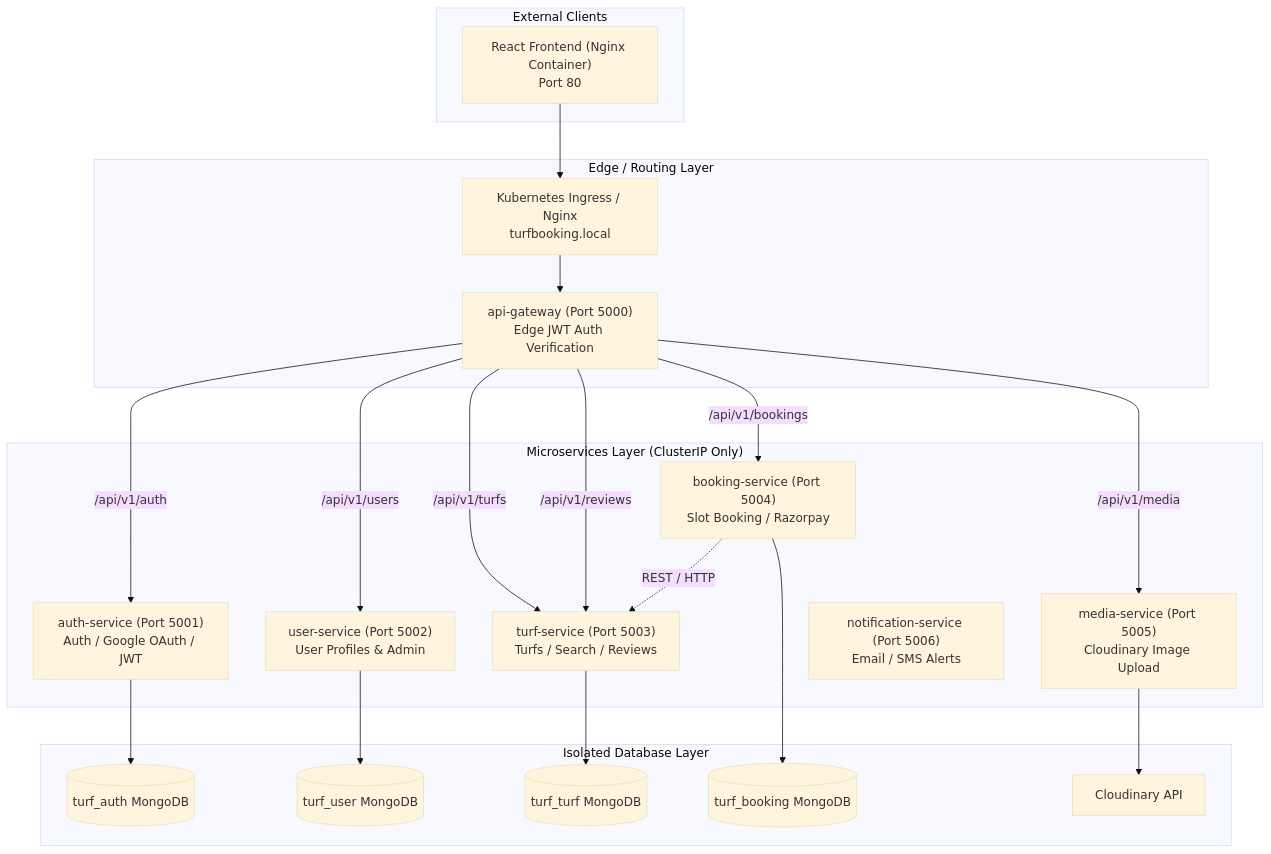
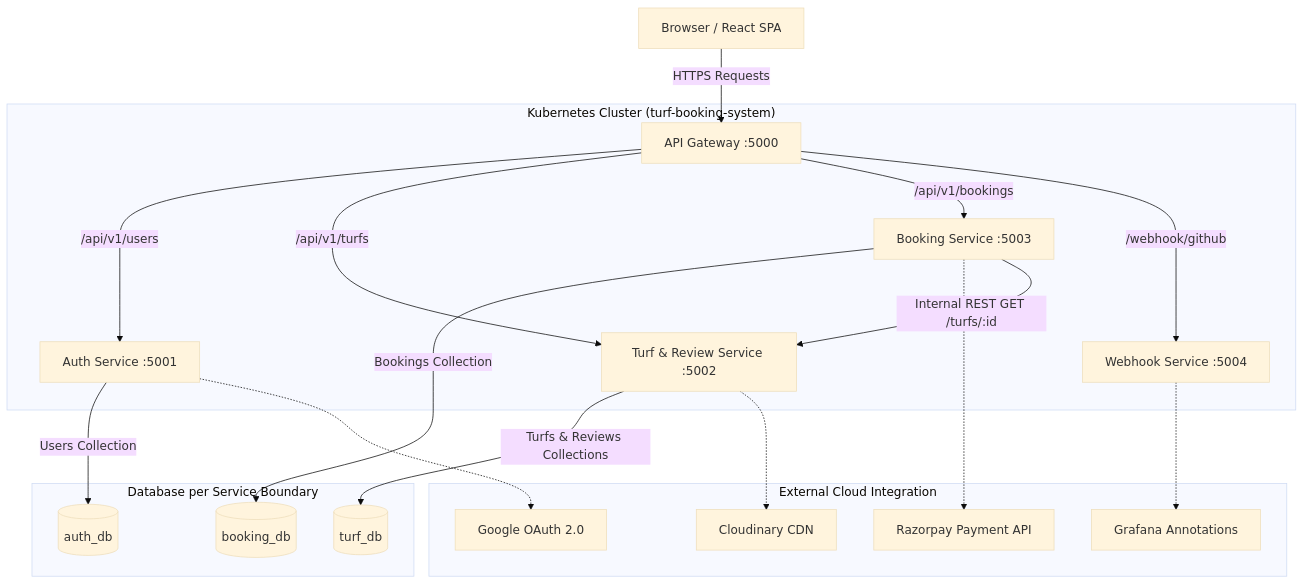
The diagram in README.md (praveen6235/Turf-Booking-System), drawn with Mermaid (base theme) before and after one commit. The commit also changed other lines of this file and 12 other files, not shown here.

Commit message:
feat(phase-6): add webhook-service, github actions ci-cd pipeline with oidc and trivy, and complete documentation

````diff
--- a/README.md
+++ b/README.md
@@ -15,45 +9,26 @@
 ```mermaid
-flowchart TB
-    subgraph External["External Clients"]
-        ClientUI["React Frontend (Nginx Container)\nPort 80"]
+flowchart TD
+    Client[Browser / React SPA] -->|HTTPS Requests| Gateway[API Gateway :5000]
+
+    subgraph Kubernetes["Kubernetes Cluster (turf-booking-system)"]
+        Gateway -->|/api/v1/users| Auth[Auth Service :5001]
+        Gateway -->|/api/v1/turfs| Turf[Turf & Review Service :5002]
+        Gateway -->|/api/v1/bookings| Booking[Booking Service :5003]
+        Gateway -->|/webhook/github| Webhook[Webhook Service :5004]
     end
 
-    subgraph Edge["Edge / Routing Layer"]
-        Ingress["Kubernetes Ingress / Nginx\nturfbooking.local"]
-        Gateway["api-gateway (Port 5000)\nEdge JWT Auth Verification"]
+    subgraph Databases["Database per Service Boundary"]
+        Auth -->|Users Collection| DB_Auth[(auth_db)]
+        Turf -->|Turfs & Reviews Collections| DB_Turf[(turf_db)]
+        Booking -->|Bookings Collection| DB_Booking[(booking_db)]
     end
 
-    subgraph Microservices["Microservices Layer (ClusterIP Only)"]
-        AuthService["auth-service (Port 5001)\nAuth / Google OAuth / JWT"]
-        UserService["user-service (Port 5002)\nUser Profiles & Admin"]
-        TurfService["turf-service (Port 5003)\nTurfs / Search / Reviews"]
-        BookingService["booking-service (Port 5004)\nSlot Booking / Razorpay"]
-        MediaService["media-service (Port 5005)\nCloudinary Image Upload"]
-        NotifService["notification-service (Port 5006)\nEmail / SMS Alerts"]
+    subgraph External["External Cloud Integration"]
+        Auth -.-> Google[Google OAuth 2.0]
+        Turf -.-> Cloudinary[Cloudinary CDN]
+        Booking -.-> Razorpay[Razorpay Payment API]
+        Webhook -.-> Grafana[Grafana Annotations]
     end
 
-    subgraph Storage["Isolated Database Layer"]
-        AuthDB[(turf_auth MongoDB)]
-        UserDB[(turf_user MongoDB)]
-        TurfDB[(turf_turf MongoDB)]
-        BookingDB[(turf_booking MongoDB)]
-        Cloudinary["Cloudinary API"]
-    end
-
-    ClientUI --> Ingress
-    Ingress --> Gateway
-    Gateway -->|/api/v1/auth| AuthService
-    Gateway -->|/api/v1/users| UserService
-    Gateway -->|/api/v1/turfs| TurfService
-    Gateway -->|/api/v1/reviews| TurfService
-    Gateway -->|/api/v1/bookings| BookingService
-    Gateway -->|/api/v1/media| MediaService
-
-    BookingService -.->|REST / HTTP| TurfService
-
-    AuthService --> AuthDB
-    UserService --> UserDB
-    TurfService --> TurfDB
-    BookingService --> BookingDB
-    MediaService --> Cloudinary
+    Booking -->|Internal REST GET /turfs/:id| Turf
 ```
````
